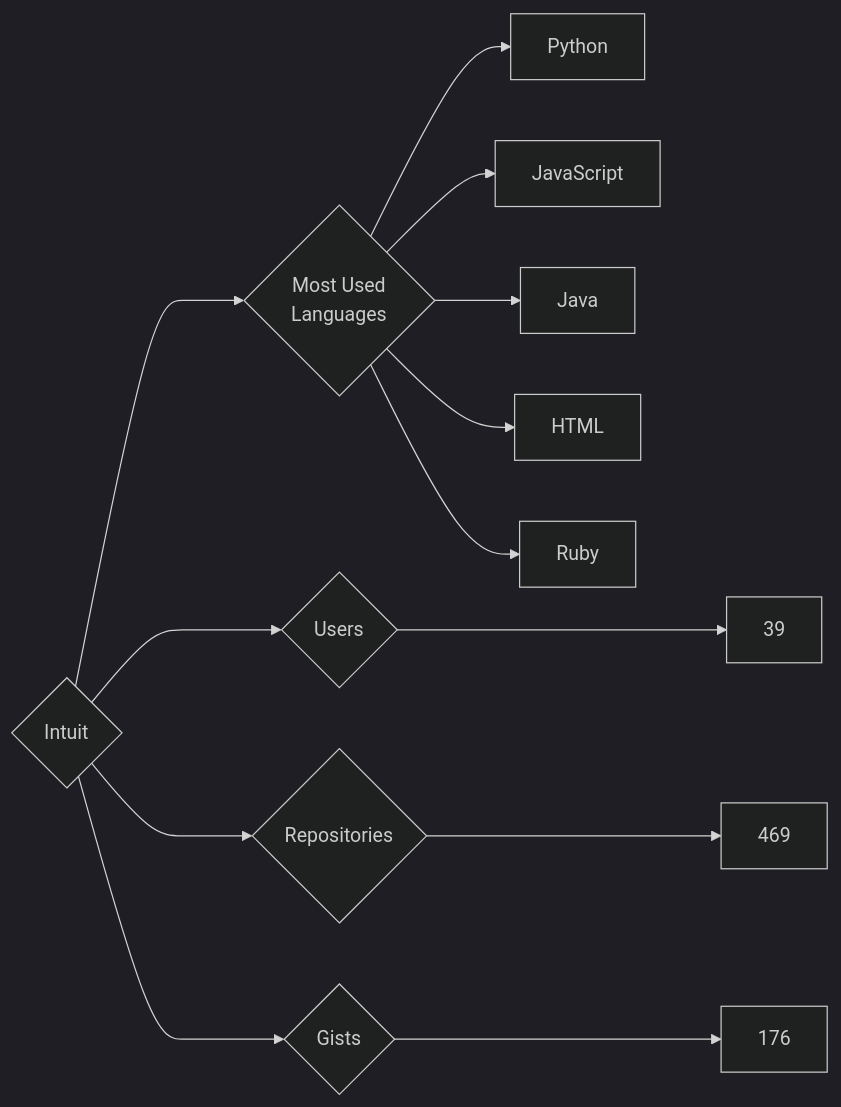
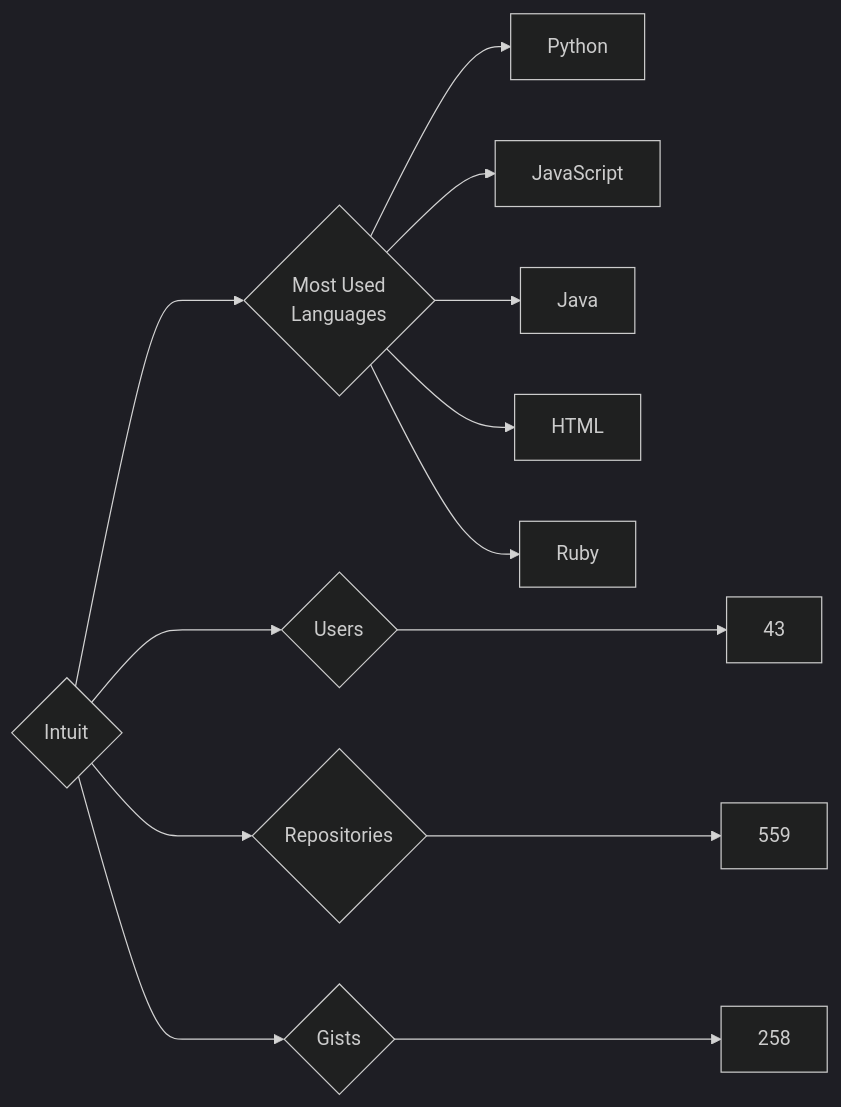
One commit to trickest/insiders changed the diagram in targets/Intuit/README.md. Above: the diagram before and after it, drawn with Mermaid (dark theme). The commit also changed 872 other files, not shown here.

````diff
--- a/targets/Intuit/README.md
+++ b/targets/Intuit/README.md
@@ -3,13 +3,13 @@
 ```mermaid
 graph LR
 COMPANY_NAME{Intuit}
-COMPANY_NAME ---> U{Users} ---> UN[39]
-COMPANY_NAME ---> R{Repositories} ---> RN[469]
-COMPANY_NAME ---> G{Gists} ---> GN[176]
+COMPANY_NAME ---> U{Users} ---> UN[43]
+COMPANY_NAME ---> R{Repositories} ---> RN[559]
+COMPANY_NAME ---> G{Gists} ---> GN[258]
 COMPANY_NAME ---> ML{Most Used<br>Languages}
 ML --> Python[Python]
 ML --> JavaScript[JavaScript]
 ML --> Java[Java]
 ML --> HTML[HTML]
 ML --> Ruby[Ruby]
 ```
````
